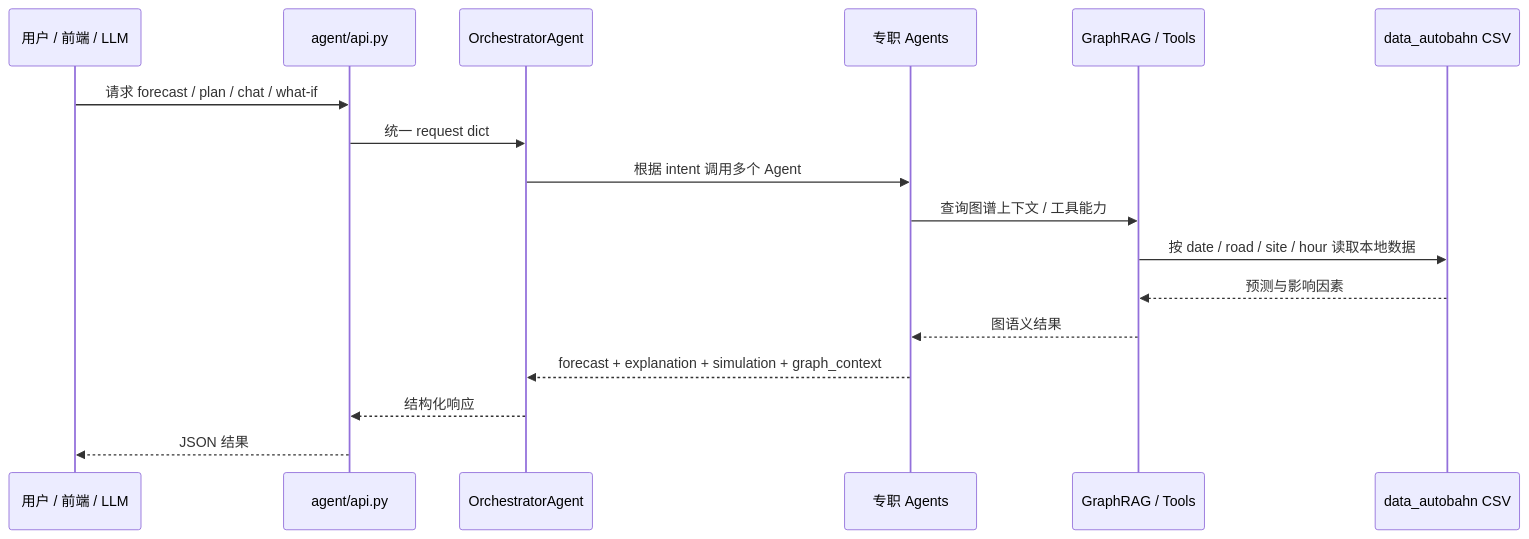
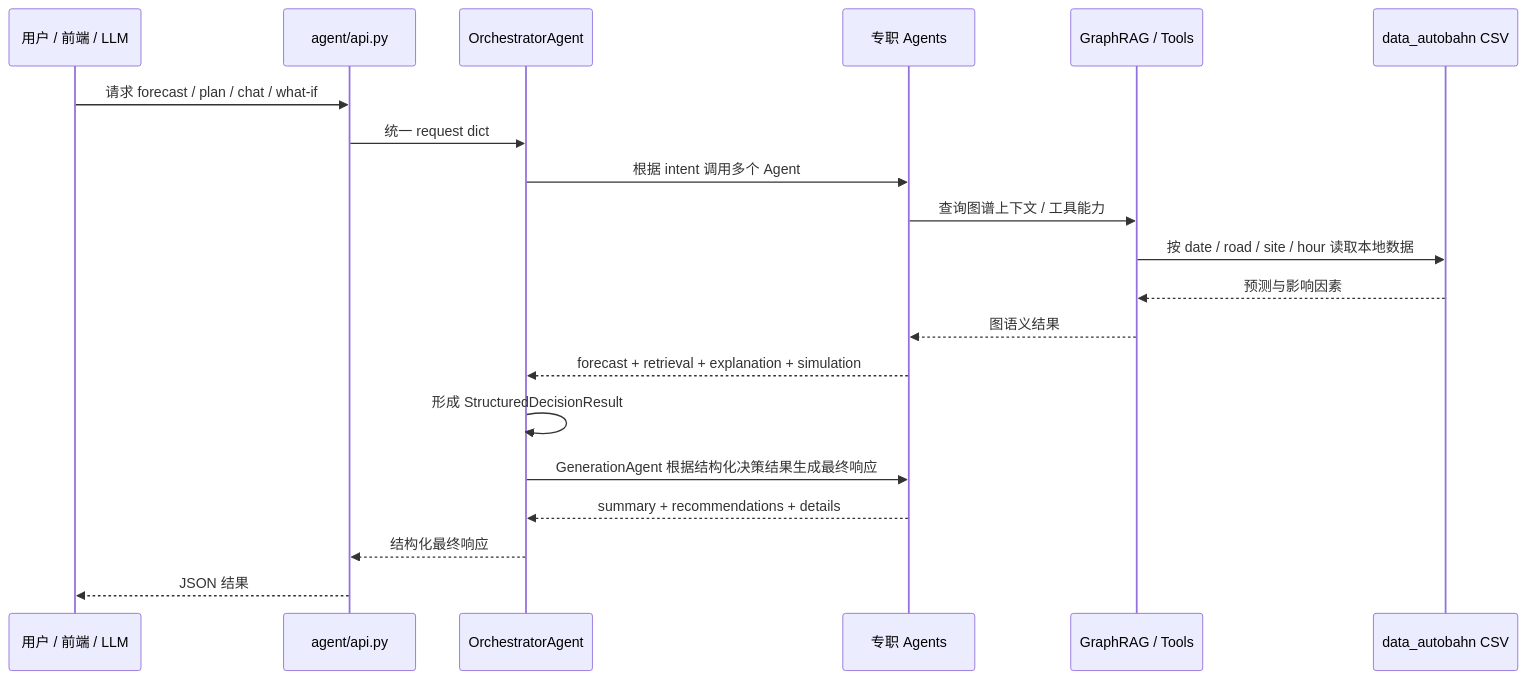
The third of 11 diagrams in agent/README.md (ForeverTTT/Autobahn-hackathon), drawn with Mermaid before and after one commit. The commit also changed other lines of this file and 10 other files, not shown here.

````diff
--- a/agent/README.md
+++ b/agent/README.md
@@ -77,20 +81,23 @@
 ```mermaid
 sequenceDiagram
     participant User as 用户 / 前端 / LLM
     participant API as agent/api.py
     participant ORC as OrchestratorAgent
     participant Agents as 专职 Agents
     participant Graph as GraphRAG / Tools
     participant Data as data_autobahn CSV
 
     User->>API: 请求 forecast / plan / chat / what-if
     API->>ORC: 统一 request dict
     ORC->>Agents: 根据 intent 调用多个 Agent
     Agents->>Graph: 查询图谱上下文 / 工具能力
     Graph->>Data: 按 date / road / site / hour 读取本地数据
     Data-->>Graph: 预测与影响因素
     Graph-->>Agents: 图语义结果
-    Agents-->>ORC: forecast + explanation + simulation + graph_context
-    ORC-->>API: 结构化响应
+    Agents-->>ORC: forecast + retrieval + explanation + simulation
+    ORC->>ORC: 形成 StructuredDecisionResult
+    ORC->>Agents: GenerationAgent 根据结构化决策结果生成最终响应
+    Agents-->>ORC: summary + recommendations + details
+    ORC-->>API: 结构化最终响应
     API-->>User: JSON 结果
 ```
````
